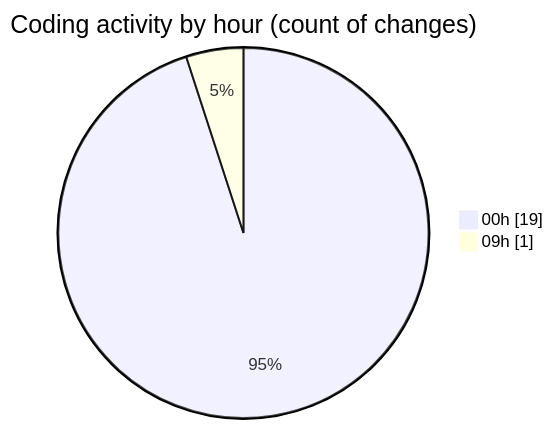
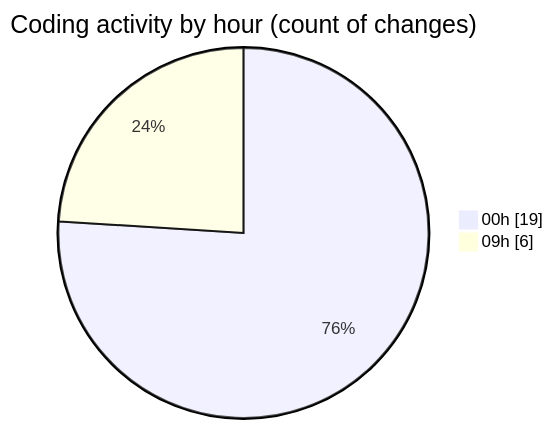
One commit to EIIisD/code-tracking changed the second of 2 diagrams in 2025-08-12/ribbon/README.md. Above: the diagram before and after it, drawn with Mermaid. The commit also changed other lines of this file and 1 other file, not shown here.

````diff
--- a/2025-08-12/ribbon/README.md
+++ b/2025-08-12/ribbon/README.md
@@ -38,6 +43,6 @@
 ```mermaid
 pie showData
 title Coding activity by hour (count of changes)
 "00h" : 19
-"09h" : 1
+"09h" : 6
 ```
````
